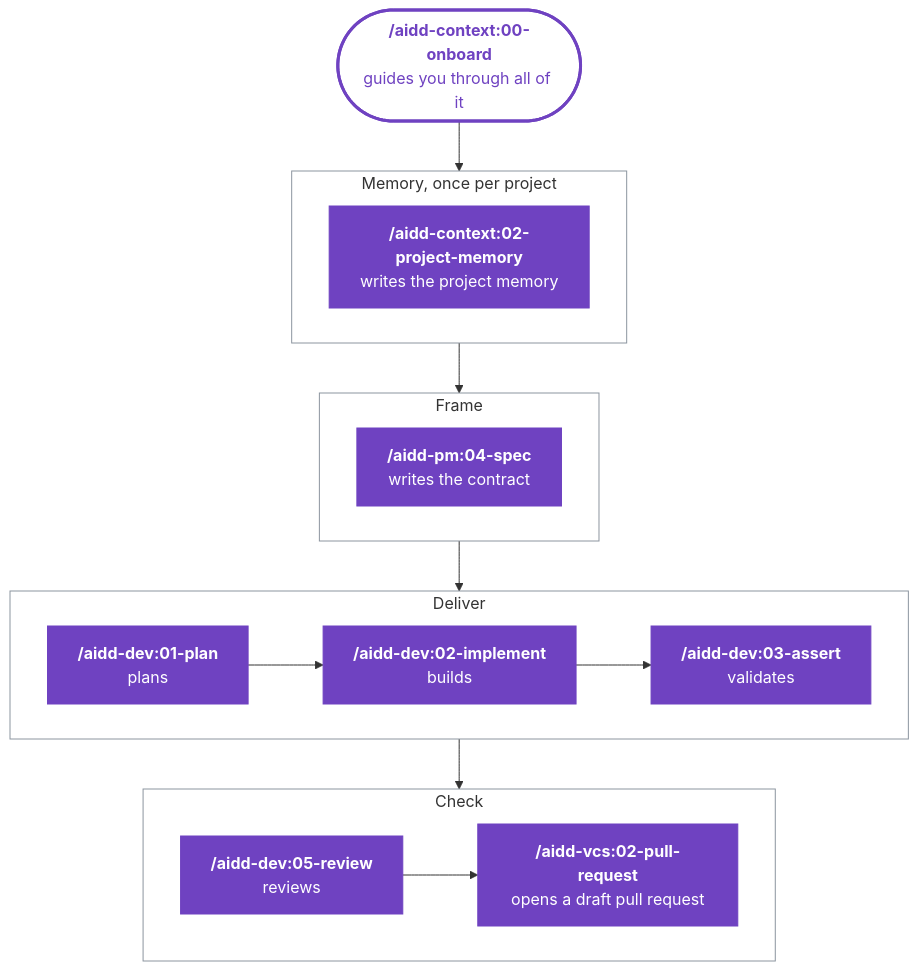
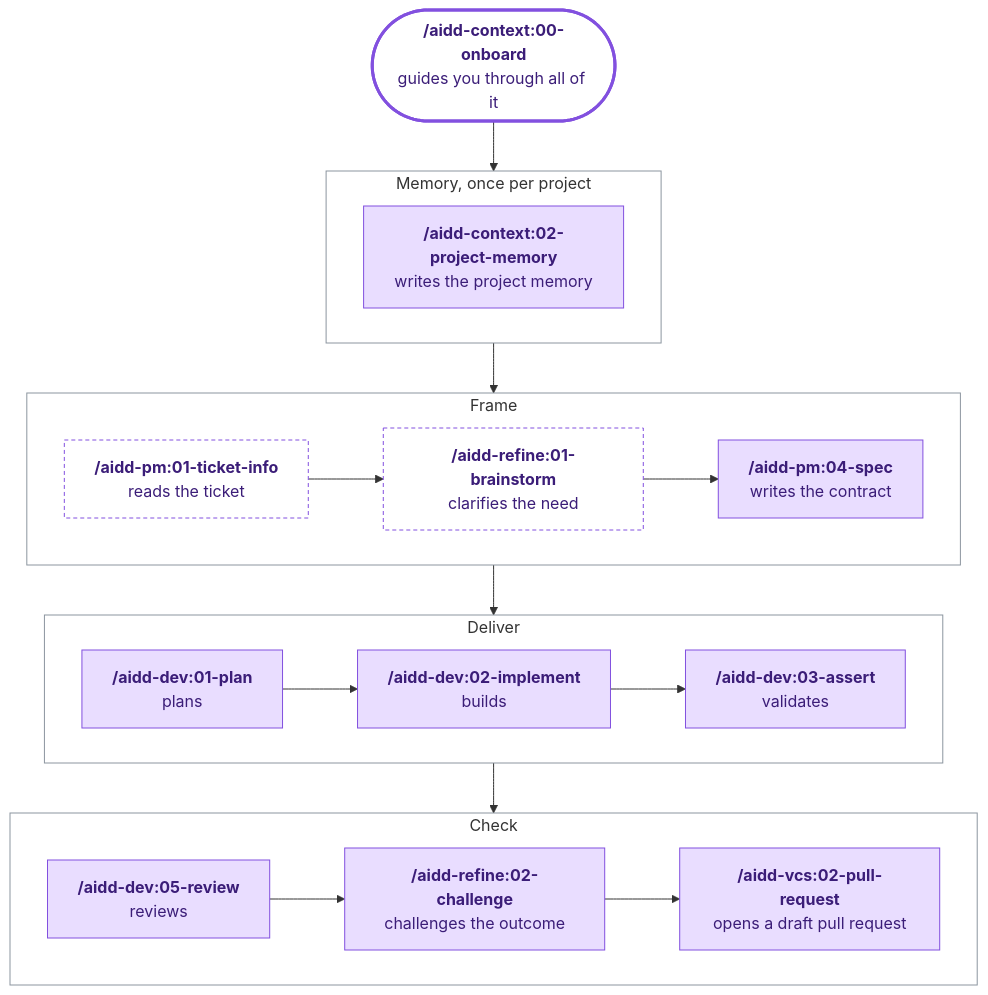
One commit to ai-driven-dev/framework changed the diagram in README.md. Above: the diagram before and after it, drawn with Mermaid. The commit also changed other lines of this file and 11 other files, not shown here.

First line of the commit message:
docs: soften diagram colors, order guides by project life, simplify compatibility and maintainers

````diff
--- a/README.md
+++ b/README.md
@@ -109,28 +111,31 @@
 ```mermaid
 flowchart TD
   start(["<b>/aidd-context:00-onboard</b><br/>guides you through all of it"])
   subgraph memory["Memory, once per project"]
     projectMemory["<b>/aidd-context:02-project-memory</b><br/>writes the project memory"]
   end
   subgraph frame["Frame"]
-    writeContract["<b>/aidd-pm:04-spec</b><br/>writes the contract"]
+    direction LR
+    ticket["<b>/aidd-pm:01-ticket-info</b><br/>reads the ticket"] --> brainstorm["<b>/aidd-refine:01-brainstorm</b><br/>clarifies the need"] --> writeContract["<b>/aidd-pm:04-spec</b><br/>writes the contract"]
   end
   subgraph deliver["Deliver"]
     direction LR
     plan["<b>/aidd-dev:01-plan</b><br/>plans"] --> build["<b>/aidd-dev:02-implement</b><br/>builds"] --> assert["<b>/aidd-dev:03-assert</b><br/>validates"]
   end
   subgraph check["Check"]
     direction LR
-    review["<b>/aidd-dev:05-review</b><br/>reviews"] --> pr["<b>/aidd-vcs:02-pull-request</b><br/>opens a draft pull request"]
+    review["<b>/aidd-dev:05-review</b><br/>reviews"] --> challenge["<b>/aidd-refine:02-challenge</b><br/>challenges the outcome"] --> pr["<b>/aidd-vcs:02-pull-request</b><br/>opens a draft pull request"]
   end
   start --> memory --> frame --> deliver --> check
 
-  classDef skill fill:#6f42c1,stroke:#6f42c1,color:#fff
-  classDef entry fill:#fff,stroke:#6f42c1,stroke-width:3px,color:#6f42c1
-  class projectMemory,writeContract,plan,build,assert,review,pr skill
+  classDef skill fill:#e9ddff,stroke:#8250df,color:#3b1d78
+  classDef opt fill:#fff,stroke:#8250df,stroke-dasharray:4 3,color:#3b1d78
+  classDef entry fill:#fff,stroke:#8250df,stroke-width:3px,color:#3b1d78
+  class projectMemory,writeContract,plan,build,assert,review,challenge,pr skill
+  class ticket,brainstorm opt
   class start entry
   style memory fill:none,stroke:#8c959f
   style frame fill:none,stroke:#8c959f
   style deliver fill:none,stroke:#8c959f
   style check fill:none,stroke:#8c959f
 ```
````
